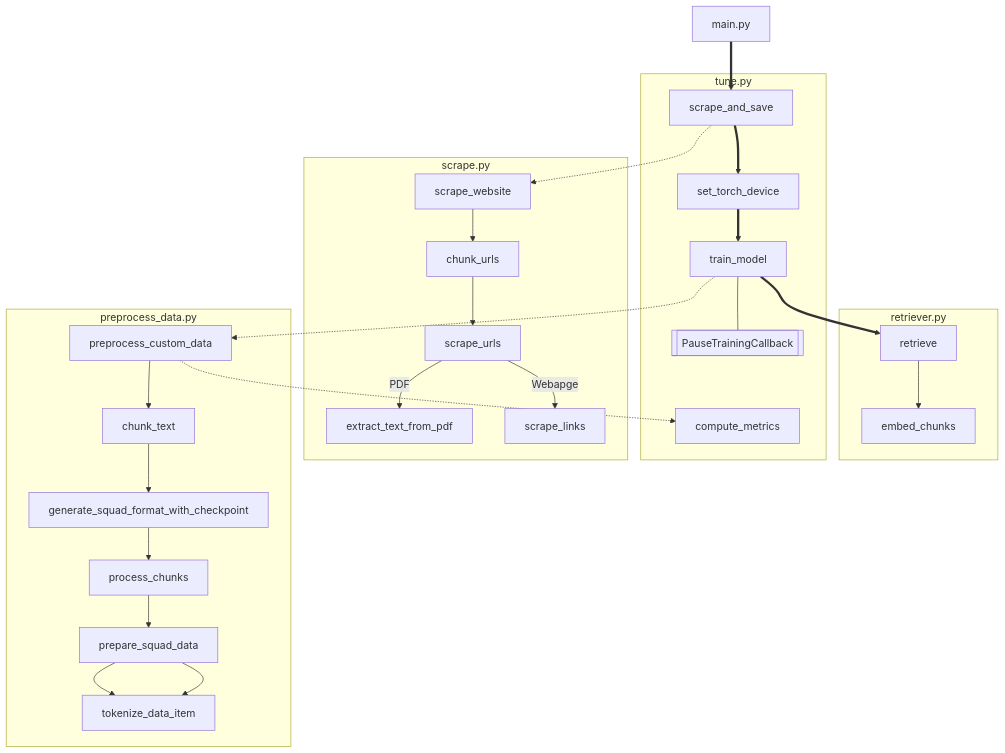
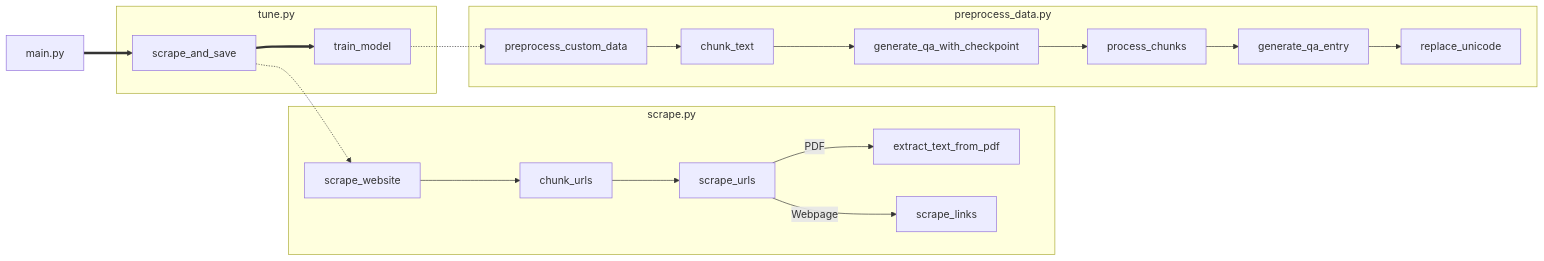
One commit to ian-young/transformers changed the diagram in README.md. Above: the diagram before and after it, drawn with Mermaid. The commit also changed other lines of this file and 14 other files, not shown here.

````diff
--- a/README.md
+++ b/README.md
@@ -9,45 +9,34 @@
 ```mermaid
-    flowchart TB
-    subgraph retriever.py
-        retrieve
-        embed_chunks
-    end
+    flowchart LR
     subgraph tune.py
-        set_torch_device
-        Callback[[PauseTrainingCallback]]
         scrape_and_save
-        compute_metrics
         train_model
     end
     subgraph scrape.py
         chunk_urls
         scrape_website
         scrape_urls
         extract_text_from_pdf
         scrape_links
     end
     subgraph preprocess_data.py
-        generate_squad_format_with_checkpoint
+        generate_qa_with_checkpoint
         chunk_text
         preprocess_custom_data
         process_chunks
-        prepare_squad_data
-        tokenize_data_item
+        replace_unicode
+        generate_qa_entry
 
     end
 
-    main.py ==> scrape_and_save ==> set_torch_device ==> train_model ==> retrieve
+    main.py ==> scrape_and_save ==> train_model
 
     scrape_and_save -.-> scrape_website
     scrape_website --> chunk_urls --> scrape_urls
     scrape_urls --PDF--> extract_text_from_pdf
-    scrape_urls --Webapge--> scrape_links
+    scrape_urls --Webpage--> scrape_links
 
-    train_model -.-> preprocess_custom_data -.-> compute_metrics
-    train_model --- Callback
+    train_model -.-> preprocess_custom_data
 
-    preprocess_custom_data --> chunk_text --> generate_squad_format_with_checkpoint --> process_chunks --> prepare_squad_data --> tokenize_data_item
-    prepare_squad_data --> tokenize_data_item
-
-    retrieve --> embed_chunks
+    preprocess_custom_data --> chunk_text --> generate_qa_with_checkpoint --> process_chunks --> generate_qa_entry --> replace_unicode
 ```
````
